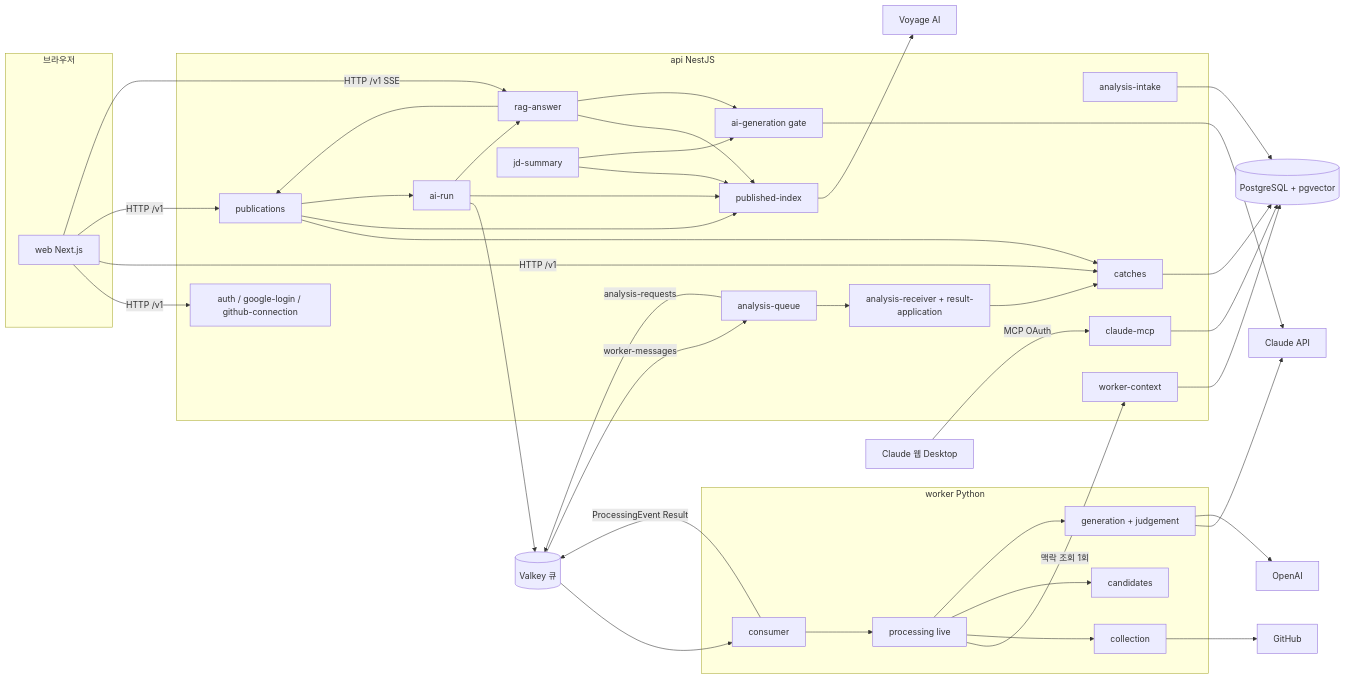
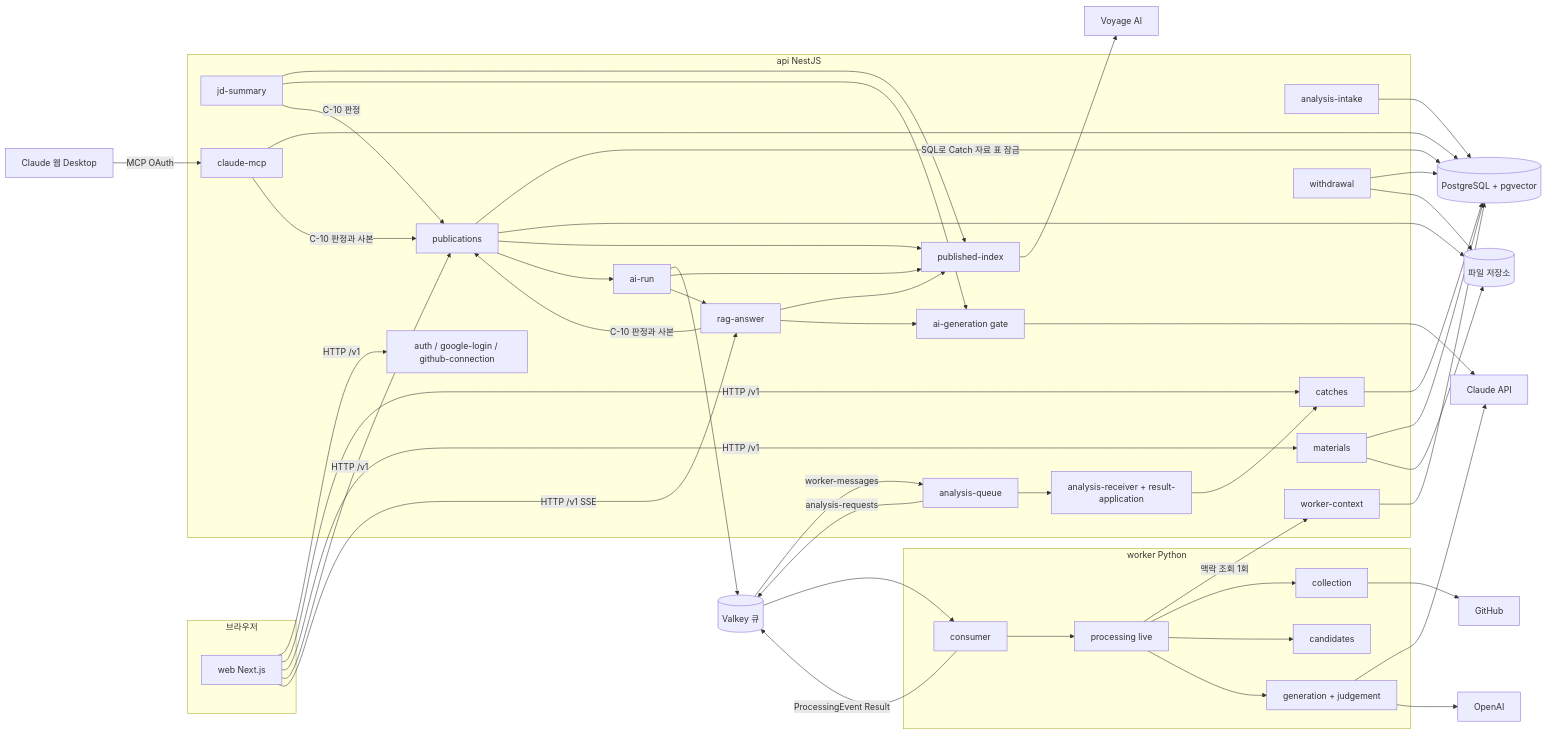
The first of 8 diagrams in aidlc/spaces/default/codekb/CatchU/architecture.md (JminAILab/CatchU), drawn with Mermaid before and after one commit. The commit also changed other lines of this file and 12 other files, not shown here.

```diff
--- a/aidlc/spaces/default/codekb/CatchU/architecture.md
+++ b/aidlc/spaces/default/codekb/CatchU/architecture.md
@@ -34,6 +34,7 @@
     QUEUE["analysis-queue"]
     RECV["analysis-receiver + result-application"]
     CATCH["catches"]
+    MAT["materials"]
     PUB["publications"]
     IDX["published-index"]
     RAG["rag-answer"]
@@ -41,6 +42,7 @@
     GATE["ai-generation gate"]
     RUN["ai-run"]
     MCP["claude-mcp"]
+    WD["withdrawal"]
     WCTX["worker-context"]
   end
   subgraph WK["worker Python"]
@@ -52,6 +54,7 @@
   end
   DB[("PostgreSQL + pgvector")]
   Q[("Valkey 큐")]
+  FS[("파일 저장소")]
   GH["GitHub"]
   CL["Claude API"]
   OA["OpenAI"]
@@ -60,6 +63,7 @@
 
   W -->|"HTTP /v1"| AUTH
   W -->|"HTTP /v1"| CATCH
+  W -->|"HTTP /v1"| MAT
   W -->|"HTTP /v1"| PUB
   W -->|"HTTP /v1 SSE"| RAG
   INTAKE --> DB
@@ -68,7 +72,10 @@
   QUEUE --> RECV
   RECV --> CATCH
   CATCH --> DB
-  PUB --> CATCH
+  MAT --> DB
+  MAT --> FS
+  PUB -->|"SQL로 Catch 자료 표 잠금"| DB
+  PUB --> FS
   PUB --> IDX
   PUB --> RUN
   RUN --> Q
@@ -77,12 +84,16 @@
   IDX --> VO
   RAG --> IDX
   RAG --> GATE
-  RAG --> PUB
+  RAG -->|"C-10 판정과 사본"| PUB
   JD --> IDX
   JD --> GATE
+  JD -->|"C-10 판정"| PUB
   GATE --> CL
   MCP --> DB
+  MCP -->|"C-10 판정과 사본"| PUB
   CD -->|"MCP OAuth"| MCP
+  WD --> DB
+  WD --> FS
   Q --> CONS
   CONS --> PROC
   PROC -->|"맥락 조회 1회"| WCTX
```
